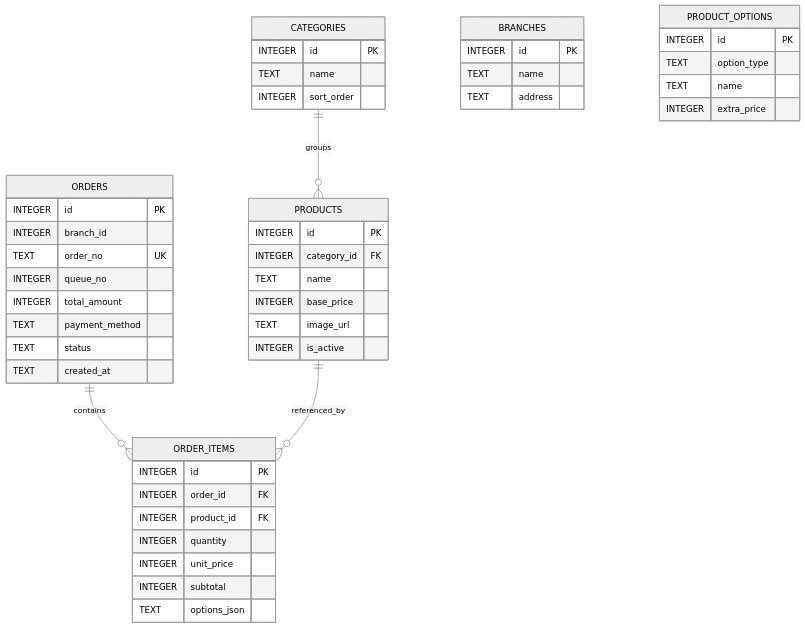
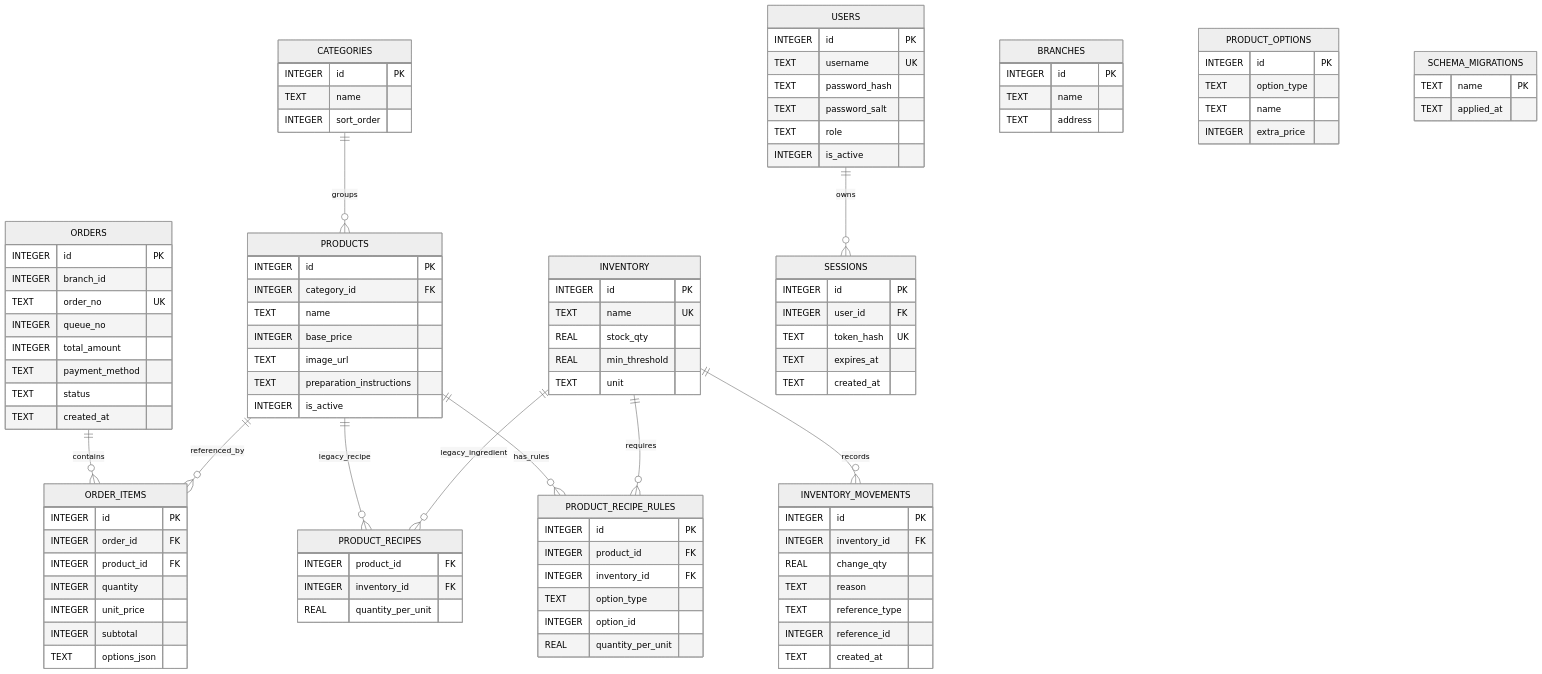
The diagram in docs/wk07-er-diagram.md (Wara197/khon-thai-ok-ma-bon-si-farang-ok-ma-bon-su-cafe-system), drawn with Mermaid (neutral theme) before and after one commit. The commit also changed other lines of this file and 18 other files, not shown here.

Commit message:
docs: align wk15 report and diagrams with implementation

````diff
--- a/docs/wk07-er-diagram.md
+++ b/docs/wk07-er-diagram.md
@@ -11,6 +11,12 @@
   CATEGORIES ||--o{ PRODUCTS : groups
   ORDERS ||--o{ ORDER_ITEMS : contains
   PRODUCTS ||--o{ ORDER_ITEMS : referenced_by
+  PRODUCTS ||--o{ PRODUCT_RECIPES : legacy_recipe
+  INVENTORY ||--o{ PRODUCT_RECIPES : legacy_ingredient
+  PRODUCTS ||--o{ PRODUCT_RECIPE_RULES : has_rules
+  INVENTORY ||--o{ PRODUCT_RECIPE_RULES : requires
+  INVENTORY ||--o{ INVENTORY_MOVEMENTS : records
+  USERS ||--o{ SESSIONS : owns
 
   BRANCHES {
     INTEGER id PK
@@ -28,6 +34,7 @@
     TEXT name
     INTEGER base_price
     TEXT image_url
+    TEXT preparation_instructions
     INTEGER is_active
   }
   PRODUCT_OPTIONS {
@@ -55,4 +62,52 @@
     INTEGER subtotal
     TEXT options_json
   }
+  INVENTORY {
+    INTEGER id PK
+    TEXT name UK
+    REAL stock_qty
+    REAL min_threshold
+    TEXT unit
+  }
+  PRODUCT_RECIPES {
+    INTEGER product_id FK
+    INTEGER inventory_id FK
+    REAL quantity_per_unit
+  }
+  PRODUCT_RECIPE_RULES {
+    INTEGER id PK
+    INTEGER product_id FK
+    INTEGER inventory_id FK
+    TEXT option_type
+    INTEGER option_id
+    REAL quantity_per_unit
+  }
+  INVENTORY_MOVEMENTS {
+    INTEGER id PK
+    INTEGER inventory_id FK
+    REAL change_qty
+    TEXT reason
+    TEXT reference_type
+    INTEGER reference_id
+    TEXT created_at
+  }
+  SCHEMA_MIGRATIONS {
+    TEXT name PK
+    TEXT applied_at
+  }
+  USERS {
+    INTEGER id PK
+    TEXT username UK
+    TEXT password_hash
+    TEXT password_salt
+    TEXT role
+    INTEGER is_active
+  }
+  SESSIONS {
+    INTEGER id PK
+    INTEGER user_id FK
+    TEXT token_hash UK
+    TEXT expires_at
+    TEXT created_at
+  }
 ```
````
